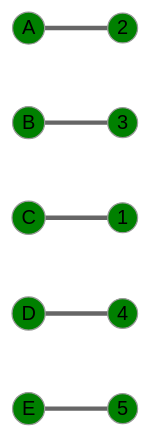
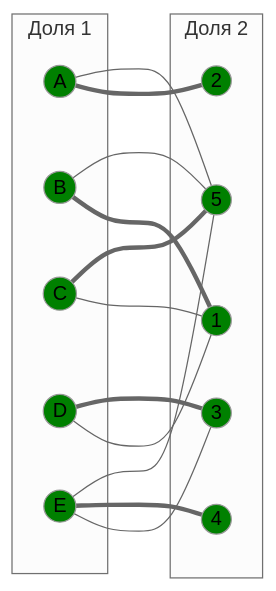
Diagram 14 of 14 in Задание 8/task8.md (algos-ris-24-3/manual-tasks), drawn with Mermaid (neutral theme) before and after one commit. The commit also changed other lines of this file, not shown here.

````diff
--- a/Задание 8/task8.md
+++ b/Задание 8/task8.md
@@ -253,19 +540,40 @@
 ```mermaid
 graph LR
-    A((A)) === n2((2))
-    B((B)) === n3((3))
-    C((C)) === n1((1))
-    D((D)) === n4((4))
-    E((E)) === n5((5))
+    subgraph "Доля 1"
+        A((A))
+        B((B))
+        C((C))
+        D((D))
+        E((E))
+    end
+    subgraph "Доля 2"
+        1((1))
+        2((2))
+        3((3))
+        4((4))
+        5((5))
+    end
+
+    A === 2
+    A --- 5
+    B === 1
+    B --- 5
+    C --- 1
+    C === 5
+    D --- 1
+    D === 3
+    E --- 3
+    E === 4
+    E --- 5
 
     style A fill:#008000
     style B fill:#008000
     style C fill:#008000
     style D fill:#008000
     style E fill:#008000
-    style n1 fill:#008000
-    style n2 fill:#008000
-    style n3 fill:#008000
-    style n4 fill:#008000
-    style n5 fill:#008000
+    style 2 fill:#008000
+    style 1 fill:#008000
+    style 3 fill:#008000
+    style 4 fill:#008000
+    style 5 fill:#008000
 ```
````
